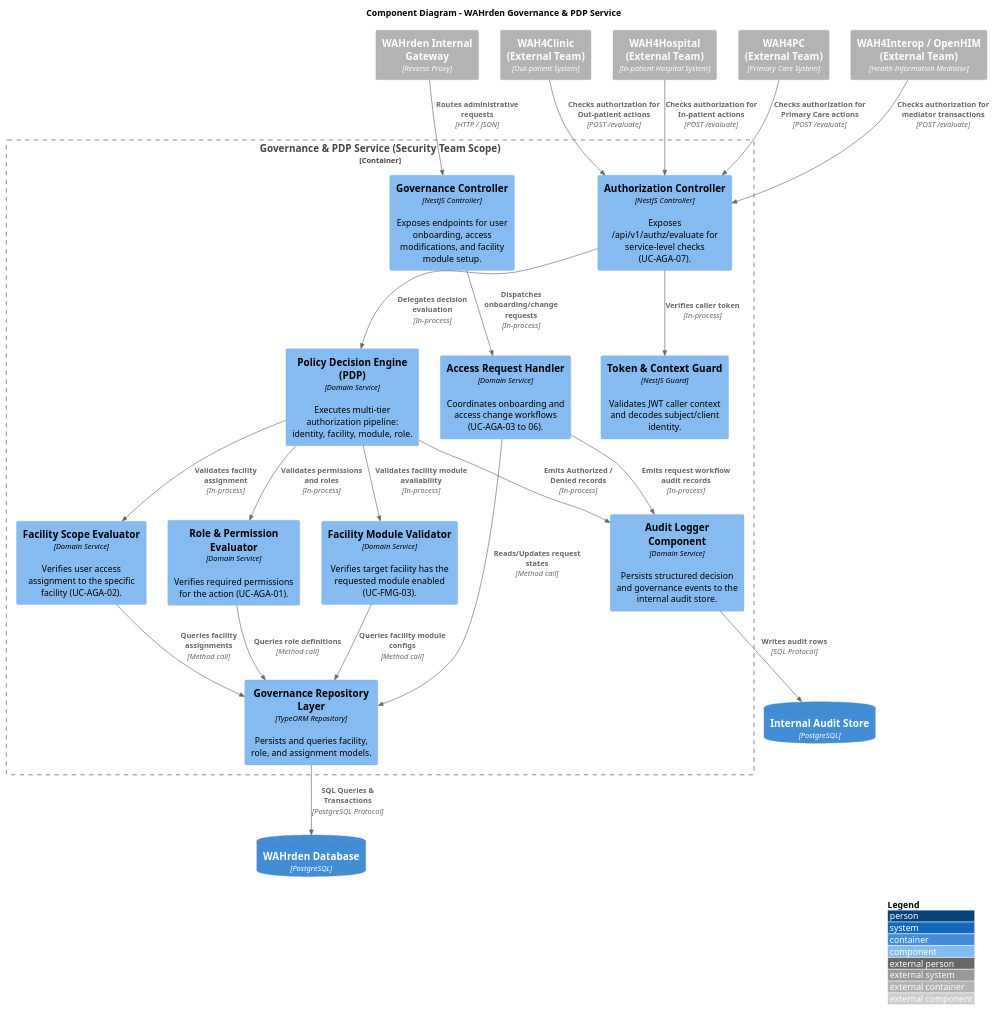
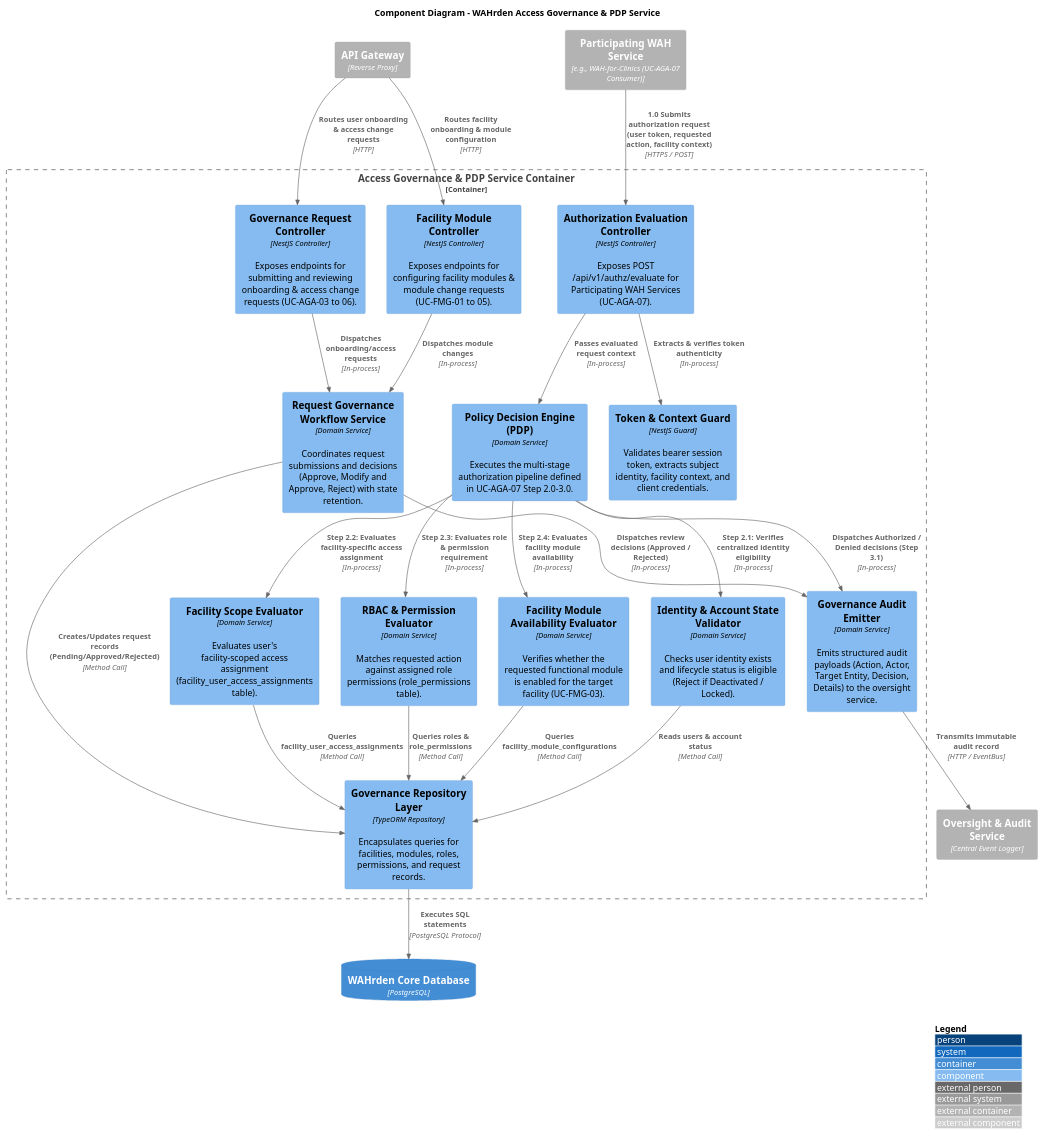
Before and after one commit to APC-SoCIT/APC-2026-2027-T1-SF241-G05-WAH4Security: the diagram in WAH4Security_C4Diagrams/ComponentDiagram.puml, drawn with PlantUML.

Commit message:
Revise Component Diagram for WAHrden Access Governance

```diff
--- a/WAH4Security_C4Diagrams/ComponentDiagram.puml
+++ b/WAH4Security_C4Diagrams/ComponentDiagram.puml
@@ -3,57 +3,61 @@
-@startuml C4_Level3_Component
+@startuml C4_Level3_Component_Revised
 !include https://raw.githubusercontent.com/plantuml-stdlib/C4-PlantUML/master/C4_Component.puml
 
 LAYOUT_WITH_LEGEND()
 
-title Component Diagram - WAHrden Governance & PDP Service
+title Component Diagram - WAHrden Access Governance & PDP Service
 
-Container_Ext(api_gw, "WAHrden Internal Gateway", "Reverse Proxy")
-Container_Ext(wah4clinic, "WAH4Clinic\n(External Team)", "Out-patient System")
-Container_Ext(wah4hospital, "WAH4Hospital\n(External Team)", "In-patient Hospital System")
-Container_Ext(wah4pc, "WAH4PC\n(External Team)", "Primary Care System")
-Container_Ext(wah4interop, "WAH4Interop / OpenHIM\n(External Team)", "Health Information Mediator")
-ContainerDb(wahrden_db, "WAHrden Database", "PostgreSQL")
-ContainerDb(audit_store, "Internal Audit Store", "PostgreSQL")
+Container_Ext(api_gw, "API Gateway", "Reverse Proxy")
+Container_Ext(participating_service, "Participating WAH Service", "e.g., WAH-for-Clinics (UC-AGA-07 Consumer)")
+Container_Ext(audit_service, "Oversight & Audit Service", "Central Event Logger")
+ContainerDb(wahrden_db, "WAHrden Core Database", "PostgreSQL")
 
-Container_Boundary(pdp_boundary, "Governance & PDP Service (Security Team Scope)") {
-    Component(authz_controller, "Authorization Controller", "NestJS Controller", "Exposes /api/v1/authz/evaluate for service-level checks (UC-AGA-07).")
-    Component(gov_controller, "Governance Controller", "NestJS Controller", "Exposes endpoints for user onboarding, access modifications, and facility module setup.")
-    
-    Component(token_guard, "Token & Context Guard", "NestJS Guard", "Validates JWT caller context and decodes subject/client identity.")
-    Component(pdp_engine, "Policy Decision Engine (PDP)", "Domain Service", "Executes multi-tier authorization pipeline: identity, facility, module, role.")
-    
-    Component(module_validator, "Facility Module Validator", "Domain Service", "Verifies target facility has the requested module enabled (UC-FMG-03).")
-    Component(facility_scope_mgr, "Facility Scope Evaluator", "Domain Service", "Verifies user access assignment to the specific facility (UC-AGA-02).")
-    Component(rbac_evaluator, "Role & Permission Evaluator", "Domain Service", "Verifies required permissions for the action (UC-AGA-01).")
-    
-    Component(request_handler, "Access Request Handler", "Domain Service", "Coordinates onboarding and access change workflows (UC-AGA-03 to 06).")
-    Component(audit_writer, "Audit Logger Component", "Domain Service", "Persists structured decision and governance events to the internal audit store.")
-    Component(repo_layer, "Governance Repository Layer", "TypeORM Repository", "Persists and queries facility, role, and assignment models.")
+Container_Boundary(pdp_container, "Access Governance & PDP Service Container") {
+    Component(authz_controller, "Authorization Evaluation Controller", "NestJS Controller", "Exposes POST /api/v1/authz/evaluate for Participating WAH Services (UC-AGA-07).")
+    Component(governance_controller, "Governance Request Controller", "NestJS Controller", "Exposes endpoints for submitting and reviewing onboarding & access change requests (UC-AGA-03 to 06).")
+    Component(module_controller, "Facility Module Controller", "NestJS Controller", "Exposes endpoints for configuring facility modules & module change requests (UC-FMG-01 to 05).")
+
+    Component(token_guard, "Token & Context Guard", "NestJS Guard", "Validates bearer session token, extracts subject identity, facility context, and client credentials.")
+    Component(pdp_engine, "Policy Decision Engine (PDP)", "Domain Service", "Executes the multi-stage authorization pipeline defined in UC-AGA-07 Step 2.0-3.0.")
+
+    Component(identity_validator, "Identity & Account State Validator", "Domain Service", "Checks user identity exists and lifecycle status is eligible (Reject if Deactivated / Locked).")
+    Component(facility_scope_evaluator, "Facility Scope Evaluator", "Domain Service", "Evaluates user's facility-scoped access assignment (facility_user_access_assignments table).")
+    Component(rbac_evaluator, "RBAC & Permission Evaluator", "Domain Service", "Matches requested action against assigned role permissions (role_permissions table).")
+    Component(module_evaluator, "Facility Module Availability Evaluator", "Domain Service", "Verifies whether the requested functional module is enabled for the target facility (UC-FMG-03).")
+
+    Component(request_workflow_service, "Request Governance Workflow Service", "Domain Service", "Coordinates request submissions and decisions (Approve, Modify and Approve, Reject) with state retention.")
+    Component(audit_event_emitter, "Governance Audit Emitter", "Domain Service", "Emits structured audit payloads (Action, Actor, Target Entity, Decision, Details) to the oversight service.")
+    Component(repo_layer, "Governance Repository Layer", "TypeORM Repository", "Encapsulates queries for facilities, modules, roles, permissions, and request records.")
 }
 
-Rel(wah4clinic, authz_controller, "Checks authorization for Out-patient actions", "POST /evaluate")
-Rel(wah4hospital, authz_controller, "Checks authorization for In-patient actions", "POST /evaluate")
-Rel(wah4pc, authz_controller, "Checks authorization for Primary Care actions", "POST /evaluate")
-Rel(wah4interop, authz_controller, "Checks authorization for mediator transactions", "POST /evaluate")
-Rel(api_gw, gov_controller, "Routes administrative requests", "HTTP / JSON")
+' Ingress Interactions
+Rel(participating_service, authz_controller, "1.0 Submits authorization request\n(user token, requested action, facility context)", "HTTPS / POST")
+Rel(api_gw, governance_controller, "Routes user onboarding & access change requests", "HTTP")
+Rel(api_gw, module_controller, "Routes facility onboarding & module configuration", "HTTP")
 
-Rel(authz_controller, token_guard, "Verifies caller token", "In-process")
-Rel(authz_controller, pdp_engine, "Delegates decision evaluation", "In-process")
-Rel(gov_controller, request_handler, "Dispatches onboarding/change requests", "In-process")
+' Controller Handshake
+Rel(authz_controller, token_guard, "Extracts & verifies token authenticity", "In-process")
+Rel(authz_controller, pdp_engine, "Passes evaluated request context", "In-process")
+Rel(governance_controller, request_workflow_service, "Dispatches onboarding/access requests", "In-process")
+Rel(module_controller, request_workflow_service, "Dispatches module changes", "In-process")
 
-Rel(pdp_engine, facility_scope_mgr, "Validates facility assignment", "In-process")
-Rel(pdp_engine, module_validator, "Validates facility module availability", "In-process")
-Rel(pdp_engine, rbac_evaluator, "Validates permissions and roles", "In-process")
+' PDP Sequential Pipeline (UC-AGA-07 Steps)
+Rel(pdp_engine, identity_validator, "Step 2.1: Verifies centralized identity eligibility", "In-process")
+Rel(pdp_engine, facility_scope_evaluator, "Step 2.2: Evaluates facility-specific access assignment", "In-process")
+Rel(pdp_engine, rbac_evaluator, "Step 2.3: Evaluates role & permission requirement", "In-process")
+Rel(pdp_engine, module_evaluator, "Step 2.4: Evaluates facility module availability", "In-process")
 
-Rel(pdp_engine, audit_writer, "Emits Authorized / Denied records", "In-process")
-Rel(request_handler, audit_writer, "Emits request workflow audit records", "In-process")
+' Data Access
+Rel(identity_validator, repo_layer, "Reads users & account status", "Method Call")
+Rel(facility_scope_evaluator, repo_layer, "Queries facility_user_access_assignments", "Method Call")
+Rel(rbac_evaluator, repo_layer, "Queries roles & role_permissions", "Method Call")
+Rel(module_evaluator, repo_layer, "Queries facility_module_configurations", "Method Call")
+Rel(request_workflow_service, repo_layer, "Creates/Updates request records (Pending/Approved/Rejected)", "Method Call")
+Rel(repo_layer, wahrden_db, "Executes SQL statements", "PostgreSQL Protocol")
 
-Rel(facility_scope_mgr, repo_layer, "Queries facility assignments", "Method call")
-Rel(module_validator, repo_layer, "Queries facility module configs", "Method call")
-Rel(rbac_evaluator, repo_layer, "Queries role definitions", "Method call")
-Rel(request_handler, repo_layer, "Reads/Updates request states", "Method call")
-
-Rel(repo_layer, wahrden_db, "SQL Queries & Transactions", "PostgreSQL Protocol")
-Rel(audit_writer, audit_store, "Writes audit rows", "SQL Protocol")
+' Audit Logging Output
+Rel(pdp_engine, audit_event_emitter, "Dispatches Authorized / Denied decisions (Step 3.1)", "In-process")
+Rel(request_workflow_service, audit_event_emitter, "Dispatches review decisions (Approved / Rejected)", "In-process")
+Rel(audit_event_emitter, audit_service, "Transmits immutable audit record", "HTTP / EventBus")
 
 @enduml
```
